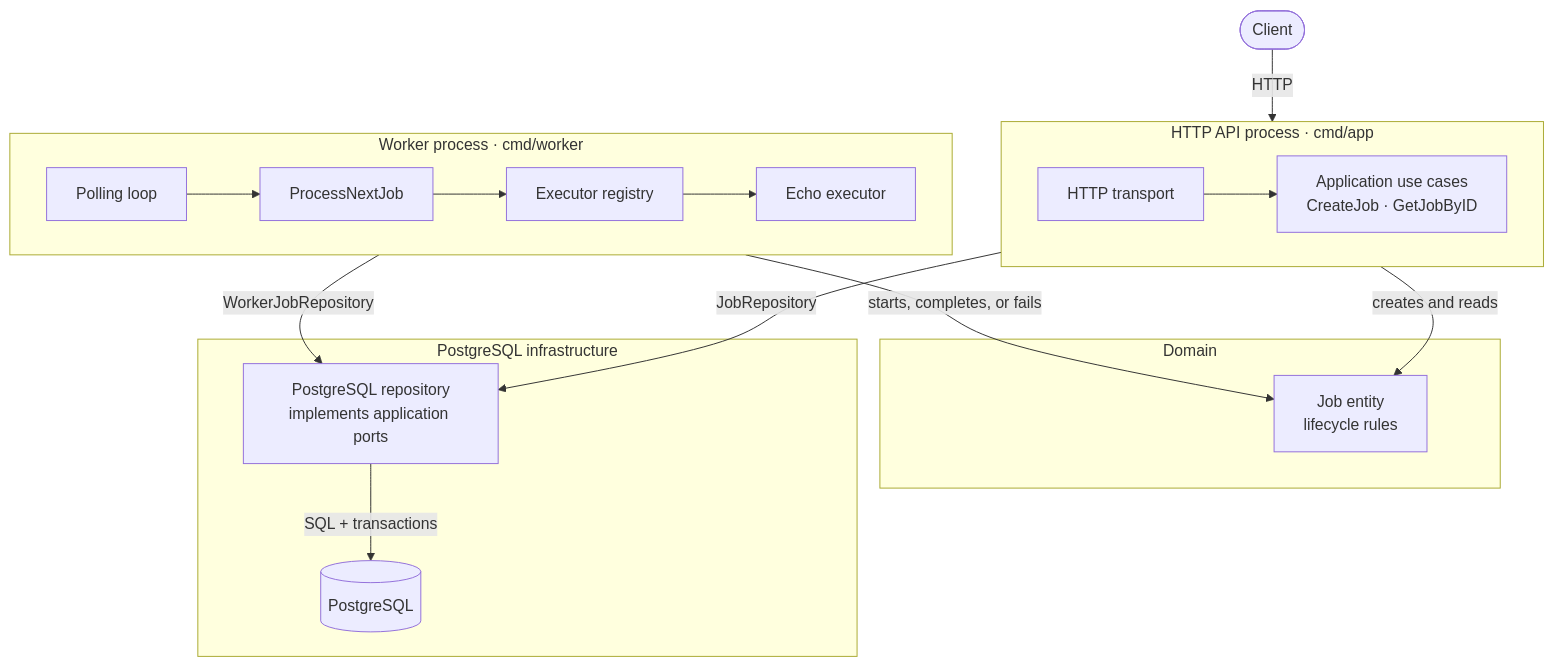
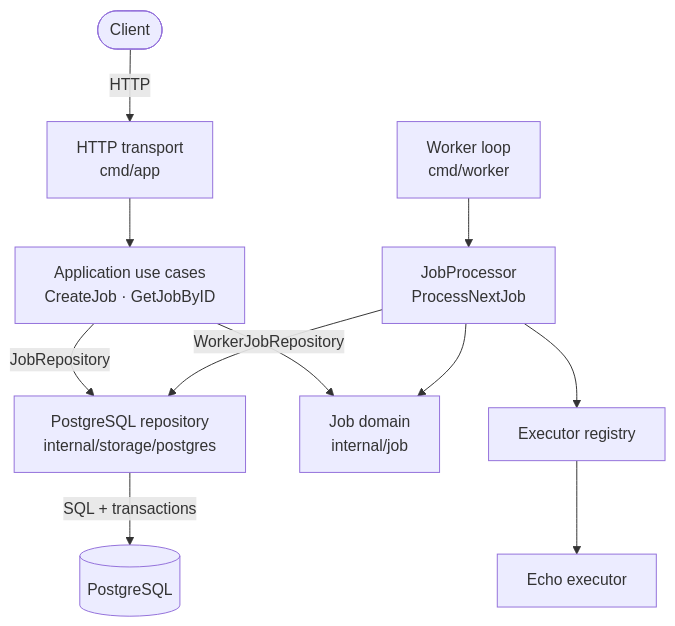
Before and after one commit to LeezyWannaFall/GoreFlow: the first of 2 diagrams in README.md, drawn with Mermaid. The commit also changed 1 other file, not shown here.

````diff
--- a/README.md
+++ b/README.md
@@ -31,36 +31,17 @@
 ```mermaid
 flowchart TB
-    Client([Client])
+    Client([Client]) -->|HTTP| API[HTTP transport<br/>cmd/app]
+    API --> UseCases[Application use cases<br/>CreateJob · GetJobByID]
 
-    subgraph APIProcess[HTTP API process · cmd/app]
-        direction LR
-        Transport[HTTP transport]
-        UseCases[Application use cases<br/>CreateJob · GetJobByID]
-        Transport --> UseCases
-    end
+    Worker[Worker loop<br/>cmd/worker] --> Processor[JobProcessor<br/>ProcessNextJob]
+    Processor --> Registry[Executor registry]
+    Registry --> Echo[Echo executor]
 
-    subgraph WorkerProcess[Worker process · cmd/worker]
-        direction LR
-        Poller[Polling loop]
-        Processor[ProcessNextJob]
-        Registry[Executor registry]
-        Echo[Echo executor]
-        Poller --> Processor --> Registry --> Echo
-    end
+    UseCases --> Job[Job domain<br/>internal/job]
+    Processor --> Job
 
-    subgraph Domain[Domain]
-        Job[Job entity<br/>lifecycle rules]
-    end
-
-    subgraph Infrastructure[PostgreSQL infrastructure]
-        Repository[PostgreSQL repository<br/>implements application ports]
-        PostgreSQL[(PostgreSQL)]
-        Repository -->|SQL + transactions| PostgreSQL
-    end
-
-    Client -->|HTTP| Transport
-    UseCases -->|creates and reads| Job
-    Processor -->|starts, completes, or fails| Job
+    Repository[PostgreSQL repository<br/>internal/storage/postgres]
     UseCases -->|JobRepository| Repository
     Processor -->|WorkerJobRepository| Repository
+    Repository -->|SQL + transactions| PostgreSQL[(PostgreSQL)]
 ```
````
